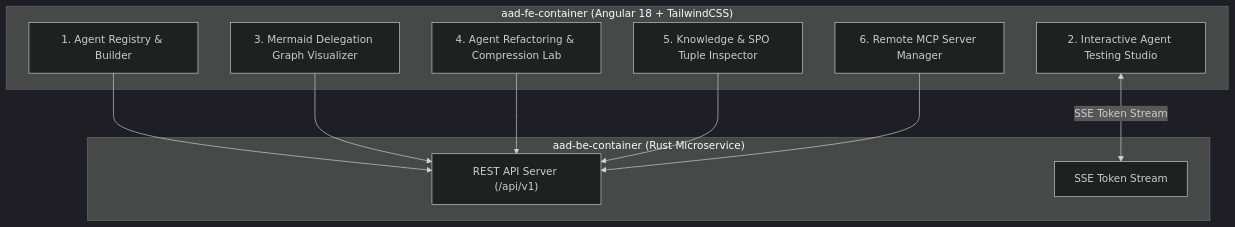
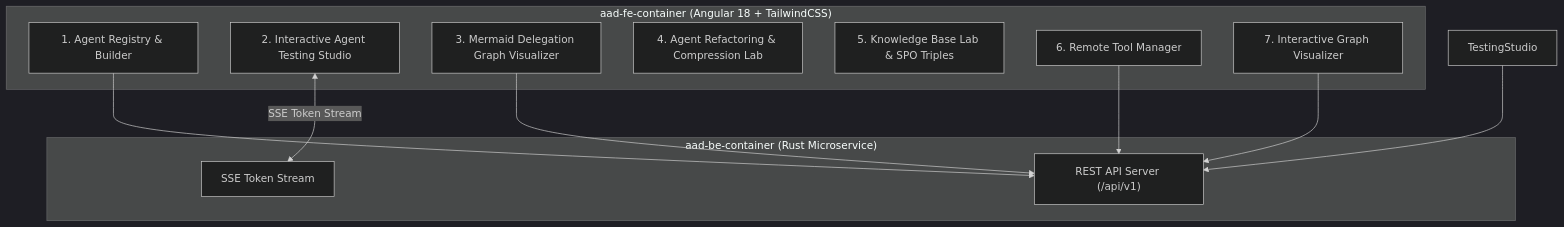
Before and after one commit to PolecatWorks/agent-as-data: the diagram in spec/prds/agent-ui-testing-kit-prd.md, drawn with Mermaid (dark theme). The commit also changed other lines of this file and 23 other files, not shown here.

````diff
--- a/spec/prds/agent-ui-testing-kit-prd.md
+++ b/spec/prds/agent-ui-testing-kit-prd.md
@@ -14,23 +14,24 @@
 ```mermaid
 graph TD
     subgraph Frontend ["aad-fe-container (Angular 18 + TailwindCSS)"]
         RegistryView["1. Agent Registry & Builder"]
         TestingKit["2. Interactive Agent Testing Studio"]
         NetworkGraph["3. Mermaid Delegation Graph Visualizer"]
         RefactorStudio["4. Agent Refactoring & Compression Lab"]
-        KnowledgeBrowser["5. Knowledge & SPO Tuple Inspector"]
-        MCPManager["6. Remote MCP Server Manager"]
+        KnowledgeLab["5. Knowledge Base Lab & SPO Triples"]
+        ToolManager["6. Remote Tool Manager"]
+        Visualizer["7. Interactive Graph Visualizer"]
     end
 
     subgraph Backend ["aad-be-container (Rust Microservice)"]
         REST["REST API Server (/api/v1)"]
         SSE["SSE Token Stream"]
     end
 
     RegistryView --> REST
     TestingKit <-->|SSE Token Stream| SSE
     NetworkGraph --> REST
-    RefactorStudio --> REST
-    KnowledgeBrowser --> REST
-    MCPManager --> REST
+    TestingStudio --> REST
+    ToolManager --> REST
+    Visualizer --> REST
 ```
````
